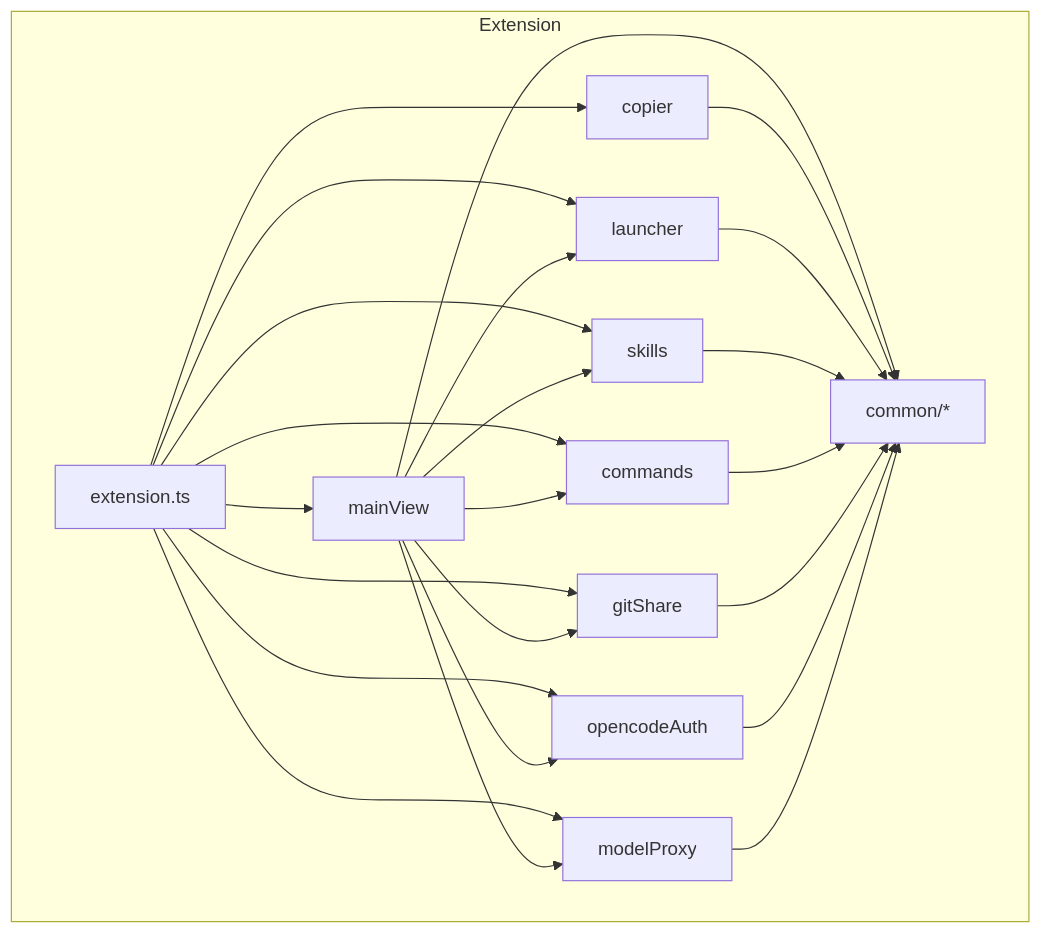
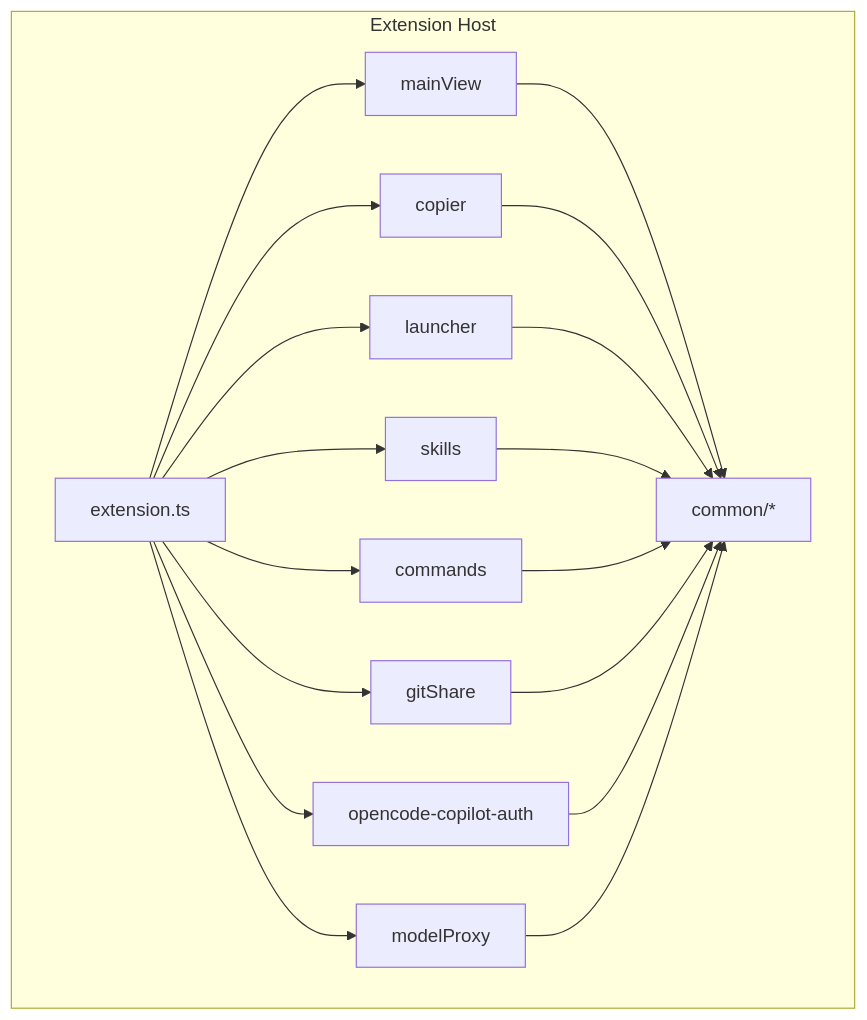
The first of 4 diagrams in .agents/skills/ampify-dev-guide/references/architecture.md (NAMEWTA/Ampify), drawn with Mermaid before and after one commit. The commit also changed other lines of this file and 15 other files, not shown here.

````diff
--- a/.agents/skills/ampify-dev-guide/references/architecture.md
+++ b/.agents/skills/ampify-dev-guide/references/architecture.md
@@ -13,40 +5,33 @@
 ```mermaid
 flowchart TB
-    subgraph Extension
+    subgraph Extension Host
         EXT[extension.ts]
         COMMON[common/*]
-        MV[mainView]
         COP[copier]
         LAU[launcher]
         SKI[skills]
         CMD[commands]
         GIT[gitShare]
-        OPA[opencodeAuth]
+        OPA[opencode-copilot-auth]
         MP[modelProxy]
+        MV[mainView]
     end
 
     EXT --> MV
     EXT --> COP
     EXT --> LAU
     EXT --> GIT
     EXT --> SKI
     EXT --> CMD
     EXT --> OPA
     EXT --> MP
 
     MV --> COMMON
     COP --> COMMON
     LAU --> COMMON
     SKI --> COMMON
     CMD --> COMMON
     GIT --> COMMON
     OPA --> COMMON
     MP --> COMMON
-
-    MV --> SKI
-    MV --> CMD
-    MV --> LAU
-    MV --> GIT
-    MV --> OPA
-    MV --> MP
 ```
````
